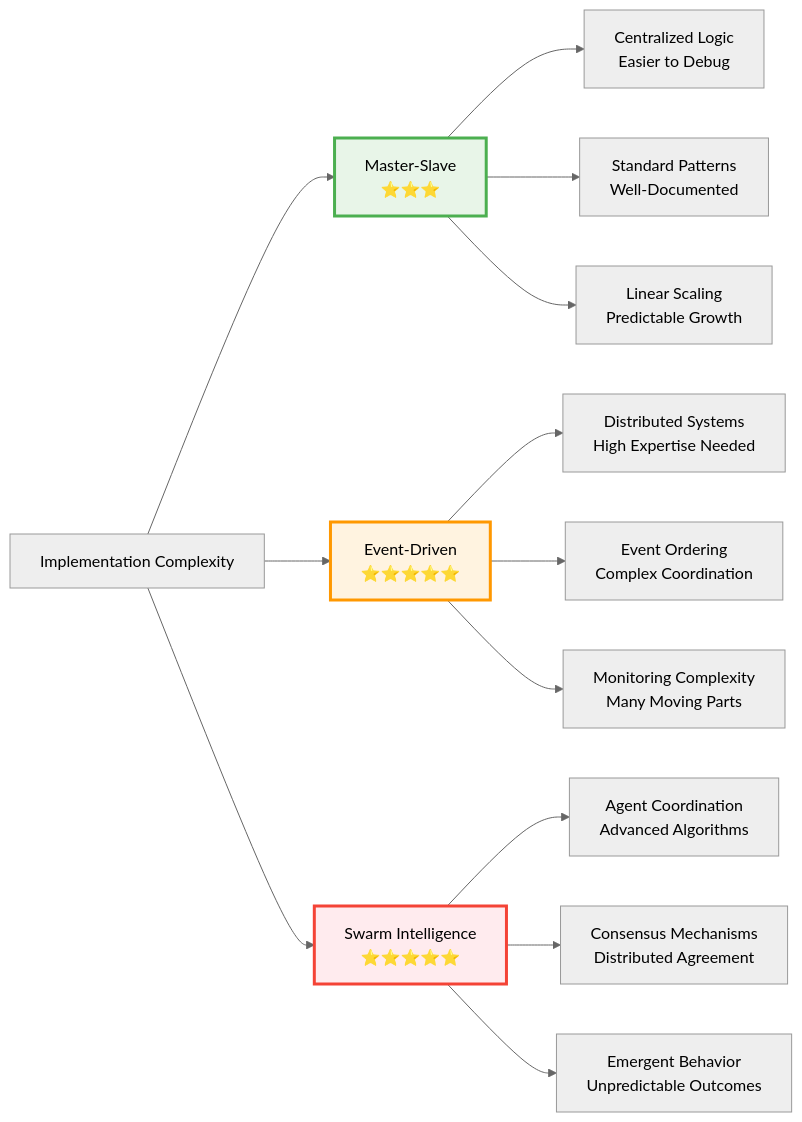
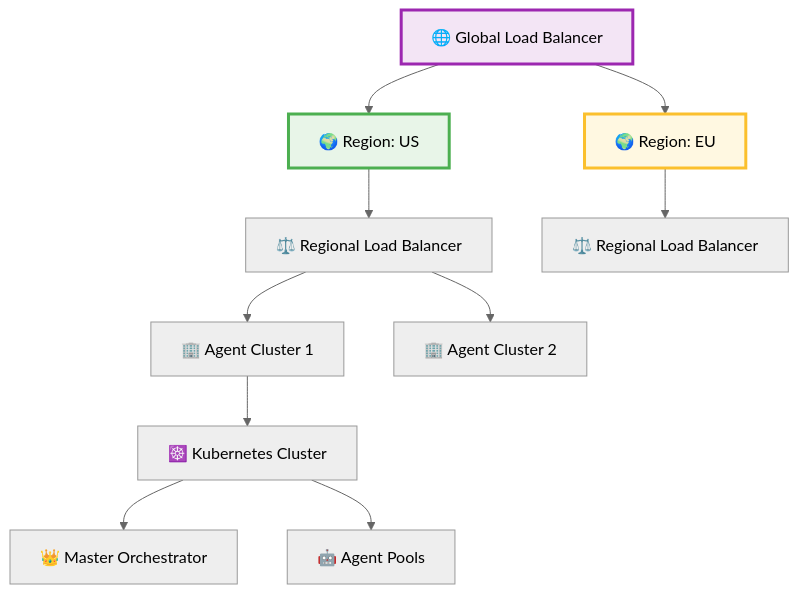
Before and after one commit to KaifAhmad1/memorae: the fourth of 4 diagrams in README.md, drawn with Mermaid (neutral theme). The commit also changed other lines of this file, not shown here.

````diff
--- a/README.md
+++ b/README.md
@@ -359,22 +177,20 @@
 ```mermaid
-graph LR
-    A[Implementation Complexity] --> B[Master-Slave<br/>⭐⭐⭐]
-    A --> C[Event-Driven<br/>⭐⭐⭐⭐⭐]
-    A --> D[Swarm Intelligence<br/>⭐⭐⭐⭐⭐]
-    
-    B --> B1[Centralized Logic<br/>Easier to Debug]
-    B --> B2[Standard Patterns<br/>Well-Documented]
-    B --> B3[Linear Scaling<br/>Predictable Growth]
-    
-    C --> C1[Distributed Systems<br/>High Expertise Needed]
-    C --> C2[Event Ordering<br/>Complex Coordination]
-    C --> C3[Monitoring Complexity<br/>Many Moving Parts]
-    
-    D --> D1[Agent Coordination<br/>Advanced Algorithms]
-    D --> D2[Consensus Mechanisms<br/>Distributed Agreement]
-    D --> D3[Emergent Behavior<br/>Unpredictable Outcomes]
-    
-    style B fill:#e8f5e8,stroke:#4caf50,stroke-width:3px,color:#000
-    style C fill:#fff3e0,stroke:#ff9800,stroke-width:3px,color:#000
-    style D fill:#ffebee,stroke:#f44336,stroke-width:3px,color:#000
+flowchart TD
+    A[🌐 Global Load Balancer] --> B[🌍 Region: US]
+    A --> C[🌍 Region: EU]
+
+    B --> B1[⚖️ Regional Load Balancer]
+    C --> C1[⚖️ Regional Load Balancer]
+
+    B1 --> B2[🏢 Agent Cluster 1]
+    B1 --> B3[🏢 Agent Cluster 2]
+
+    B2 --> B4[☸️ Kubernetes Cluster]
+    B4 --> B5[👑 Master Orchestrator]
+    B4 --> B6[🤖 Agent Pools]
+
+    %% Styling
+    style A fill:#f3e5f5,stroke:#9c27b0,stroke-width:3px
+    style B fill:#e8f5e8,stroke:#4caf50,stroke-width:3px
+    style C fill:#fff8e1,stroke:#fbc02d,stroke-width:3px
 ```
````
